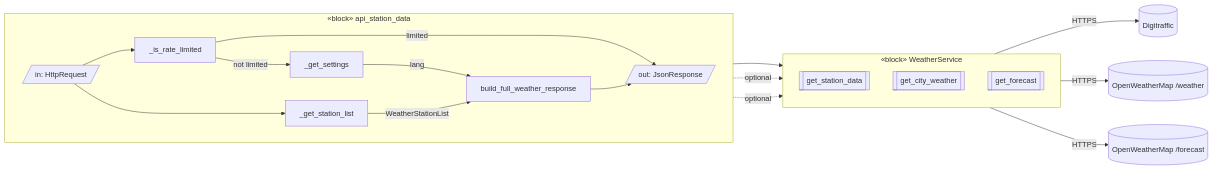
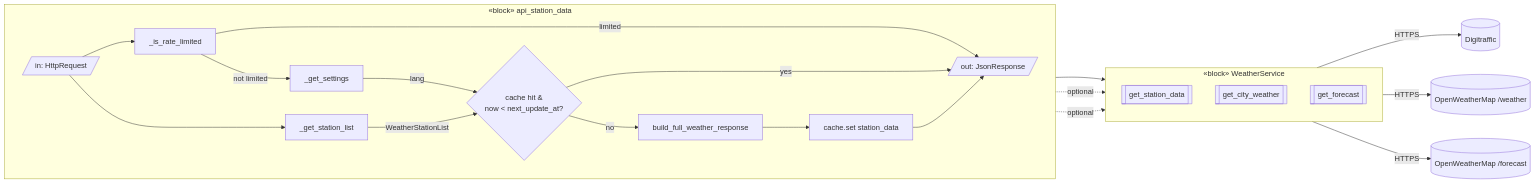
Before and after one commit to jjankkil/weatherview-django: the seventh of 9 diagrams in docs/ARCHITECTURE.md, drawn with Mermaid. The commit also changed other lines of this file and 7 other files, not shown here.

````diff
--- a/docs/ARCHITECTURE.md
+++ b/docs/ARCHITECTURE.md
@@ -370,30 +368,33 @@
 ```mermaid
 flowchart LR
     subgraph req["«block» api_station_data"]
         direction LR
         in1[/"in: HttpRequest"/]
         out1[/"out: JsonResponse"/]
         in1 --> RL[_is_rate_limited]
         RL -->|not limited| L1[_get_settings]
         RL -->|limited| out1
         in1 --> L2[_get_station_list]
-        L1 -->|lang| L3[build_full_weather_response]
-        L2 -->|WeatherStationList| L3
-        L3 --> out1
+        L1 -->|lang| CHK{cache hit &\nnow < next_update_at?}
+        L2 -->|WeatherStationList| CHK
+        CHK -->|yes| out1
+        CHK -->|no| L3[build_full_weather_response]
+        L3 --> CSET[cache.set station_data]
+        CSET --> out1
     end
 
     subgraph svc["«block» WeatherService"]
         direction TB
         P1[[get_station_data]]
         P2[[get_city_weather]]
         P3[[get_forecast]]
     end
 
     L3 --> P1
     L3 -.optional.-> P2
     L3 -.optional.-> P3
 
     P1 -->|HTTPS| ED[("Digitraffic")]
     P2 -->|HTTPS| EO[("OpenWeatherMap /weather")]
     P3 -->|HTTPS| EF[("OpenWeatherMap /forecast")]
 ```
````
